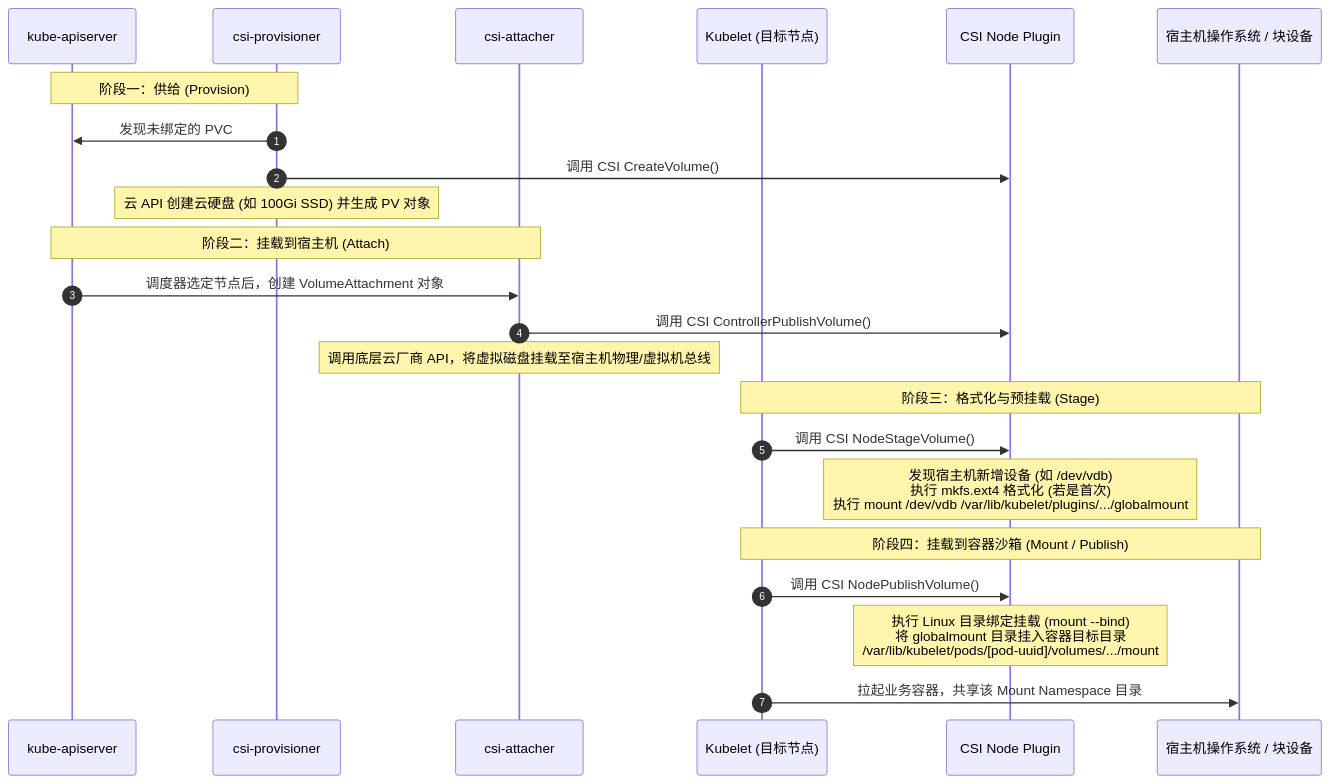
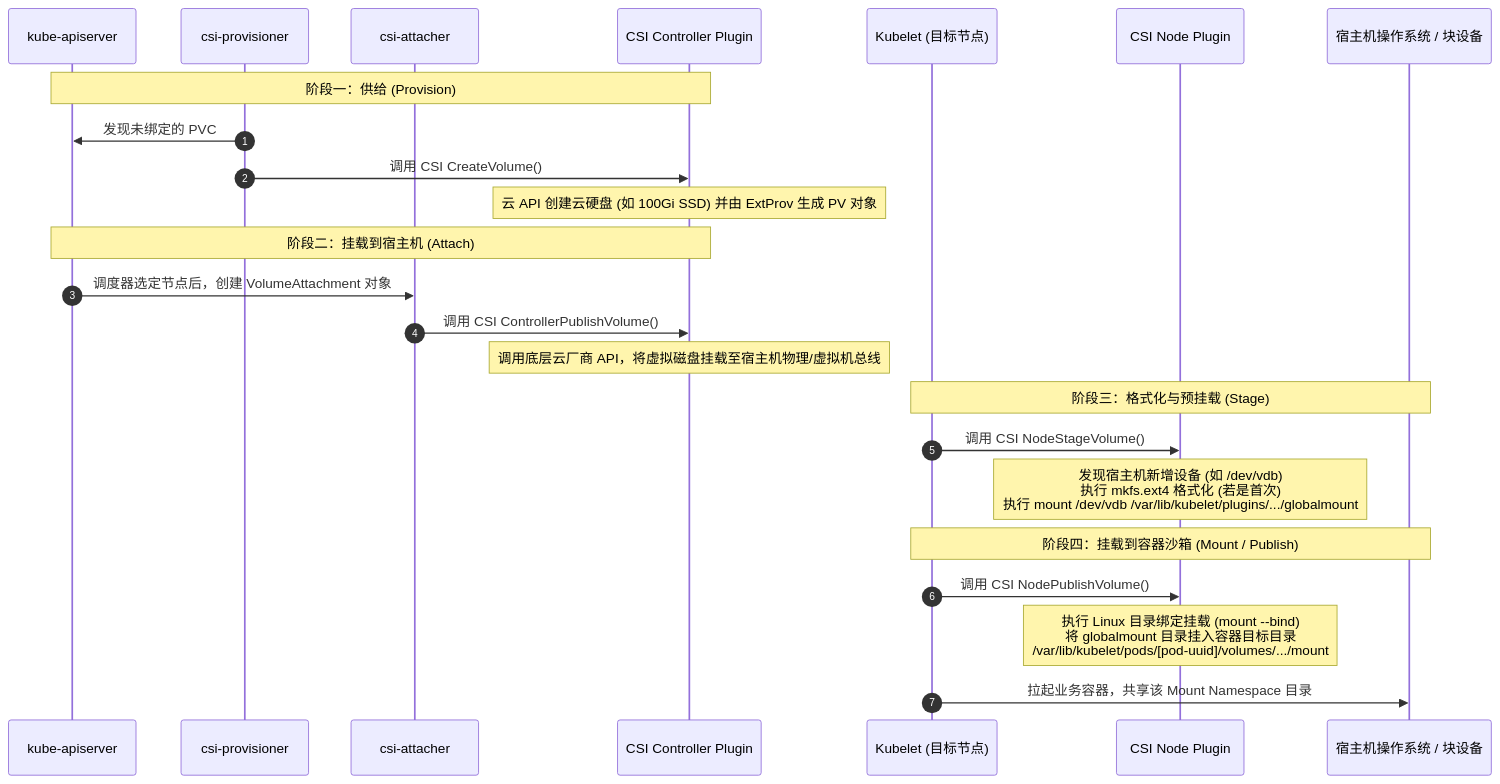
One commit to ifnodoraemon/ifnodoraemon.github.io changed the second of 2 diagrams in content/zh/articles/k8s-storage-csi-statefulset-deep-dive.md. Above: the diagram before and after it, drawn with Mermaid. The commit also changed 171 other files, not shown here.

````diff
--- a/content/zh/articles/k8s-storage-csi-statefulset-deep-dive.md
+++ b/content/zh/articles/k8s-storage-csi-statefulset-deep-dive.md
@@ -99,29 +99,30 @@
 ```mermaid
 sequenceDiagram
     autonumber
     participant APIServer as kube-apiserver
     participant ExtProv as csi-provisioner
     participant ExtAttach as csi-attacher
+    participant CSIController as CSI Controller Plugin
     participant Kubelet as Kubelet (目标节点)
     participant CSINode as CSI Node Plugin
     participant Kernel as 宿主机操作系统 / 块设备
 
-    Note over APIServer,ExtProv: 阶段一：供给 (Provision)
+    Note over APIServer,CSIController: 阶段一：供给 (Provision)
     ExtProv->>APIServer: 发现未绑定的 PVC
-    ExtProv->>CSINode: 调用 CSI CreateVolume()
-    Note over ExtProv: 云 API 创建云硬盘 (如 100Gi SSD) 并生成 PV 对象
+    ExtProv->>CSIController: 调用 CSI CreateVolume()
+    Note over CSIController: 云 API 创建云硬盘 (如 100Gi SSD) 并由 ExtProv 生成 PV 对象
 
-    Note over APIServer,ExtAttach: 阶段二：挂载到宿主机 (Attach)
+    Note over APIServer,CSIController: 阶段二：挂载到宿主机 (Attach)
     APIServer->>ExtAttach: 调度器选定节点后，创建 VolumeAttachment 对象
-    ExtAttach->>CSINode: 调用 CSI ControllerPublishVolume()
-    Note over ExtAttach: 调用底层云厂商 API，将虚拟磁盘挂载至宿主机物理/虚拟机总线
+    ExtAttach->>CSIController: 调用 CSI ControllerPublishVolume()
+    Note over CSIController: 调用底层云厂商 API，将虚拟磁盘挂载至宿主机物理/虚拟机总线
 
     Note over Kubelet,Kernel: 阶段三：格式化与预挂载 (Stage)
     Kubelet->>CSINode: 调用 CSI NodeStageVolume()
     Note over CSINode: 发现宿主机新增设备 (如 /dev/vdb)<br/>执行 mkfs.ext4 格式化 (若是首次)<br/>执行 mount /dev/vdb /var/lib/kubelet/plugins/.../globalmount
 
     Note over Kubelet,Kernel: 阶段四：挂载到容器沙箱 (Mount / Publish)
     Kubelet->>CSINode: 调用 CSI NodePublishVolume()
     Note over CSINode: 执行 Linux 目录绑定挂载 (mount --bind)<br/>将 globalmount 目录挂入容器目标目录<br/>/var/lib/kubelet/pods/[pod-uuid]/volumes/.../mount
     Kubelet->>Kernel: 拉起业务容器，共享该 Mount Namespace 目录
 ```
````
